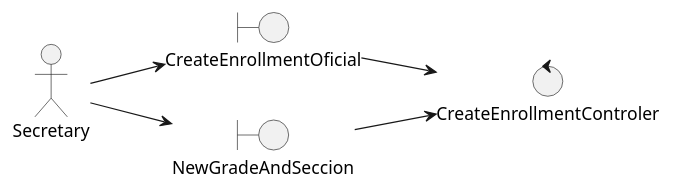
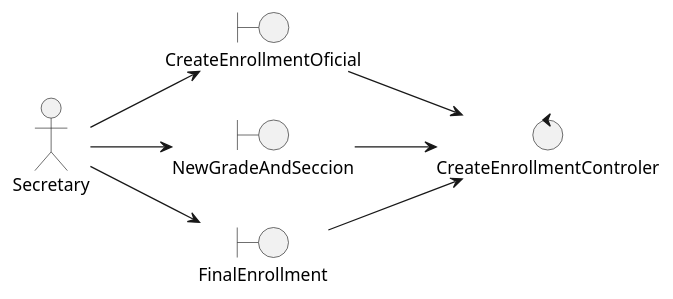
Before and after one commit to wsmcbl/wsmcbl.doc: the diagram in DesignView/AnalysisView/UseCaseAnalysis/CU05. CreateOfficialEnrollmentBySection/Classes.CU05.Analysis.puml, drawn with PlantUML.

```diff
--- a/DesignView/AnalysisView/UseCaseAnalysis/CU05. CreateOfficialEnrollmentBySection/Classes.CU05.Analysis.puml
+++ b/DesignView/AnalysisView/UseCaseAnalysis/CU05. CreateOfficialEnrollmentBySection/Classes.CU05.Analysis.puml
@@ -1,14 +1,17 @@
 @startuml
 left to right direction
 
 actor Secretary
 boundary CreateEnrollmentOficial
 boundary NewGradeAndSeccion
+boundary FinalEnrollment
 control CreateEnrollmentControler
 
+Secretary --> NewGradeAndSeccion
 Secretary --> CreateEnrollmentOficial
-Secretary --> NewGradeAndSeccion
+Secretary --> FinalEnrollment
 
 CreateEnrollmentOficial --> CreateEnrollmentControler
 NewGradeAndSeccion --> CreateEnrollmentControler
+FinalEnrollment--> CreateEnrollmentControler
 @enduml
```
